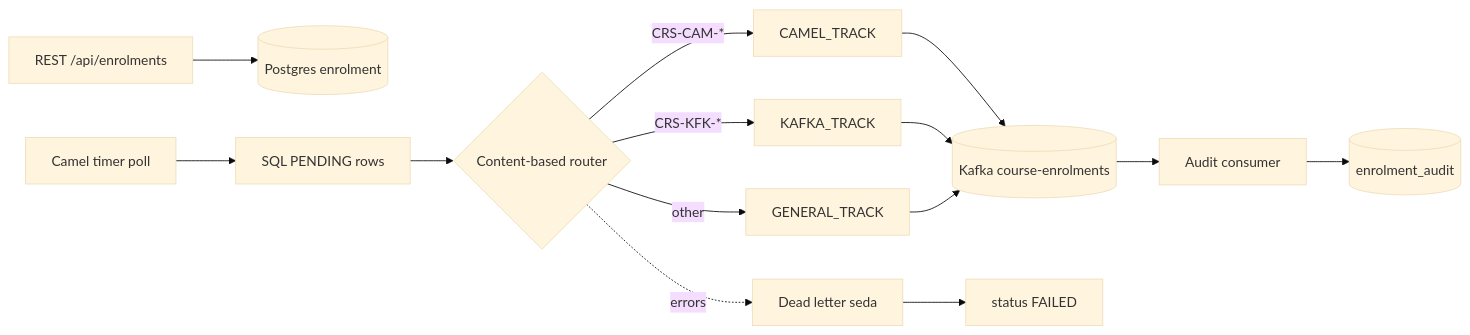
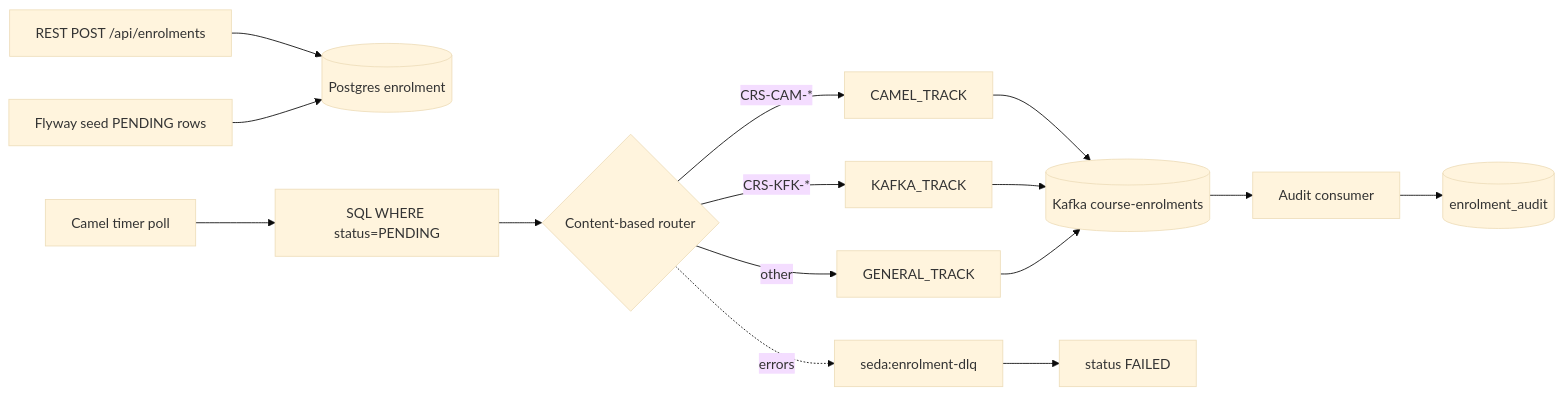
The first of 2 diagrams in course-enrolment-pipeline/README.md (blaze-b/spring-boot-camel-training), drawn with Mermaid (base theme) before and after one commit. The commit also changed other lines of this file and 7 other files, not shown here.

````diff
--- a/course-enrolment-pipeline/README.md
+++ b/course-enrolment-pipeline/README.md
@@ -7,16 +25,17 @@
 ```mermaid
 flowchart LR
-  REST[REST /api/enrolments] --> DB[(Postgres enrolment)]
-  TIMER[Camel timer poll] --> SQL[SQL PENDING rows]
+  REST[REST POST /api/enrolments] --> DB[(Postgres enrolment)]
+  SEED[Flyway seed PENDING rows] --> DB
+  TIMER[Camel timer poll] --> SQL[SQL WHERE status=PENDING]
   SQL --> CBR{Content-based router}
   CBR -->|CRS-CAM-*| CAM[CAMEL_TRACK]
   CBR -->|CRS-KFK-*| KFK[KAFKA_TRACK]
   CBR -->|other| GEN[GENERAL_TRACK]
   CAM --> K[(Kafka course-enrolments)]
   KFK --> K
   GEN --> K
   K --> AUD[Audit consumer]
   AUD --> AUDDB[(enrolment_audit)]
-  CBR -.->|errors| DLQ[Dead letter seda]
+  CBR -.->|errors| DLQ[seda:enrolment-dlq]
   DLQ --> FAIL[status FAILED]
 ```
````
